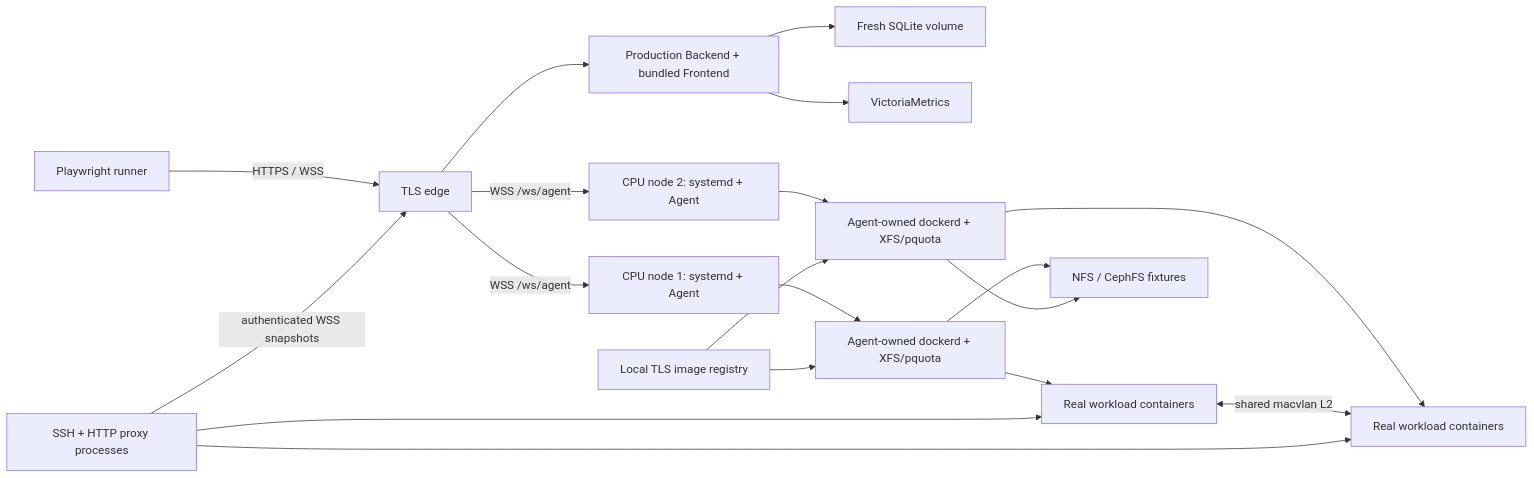
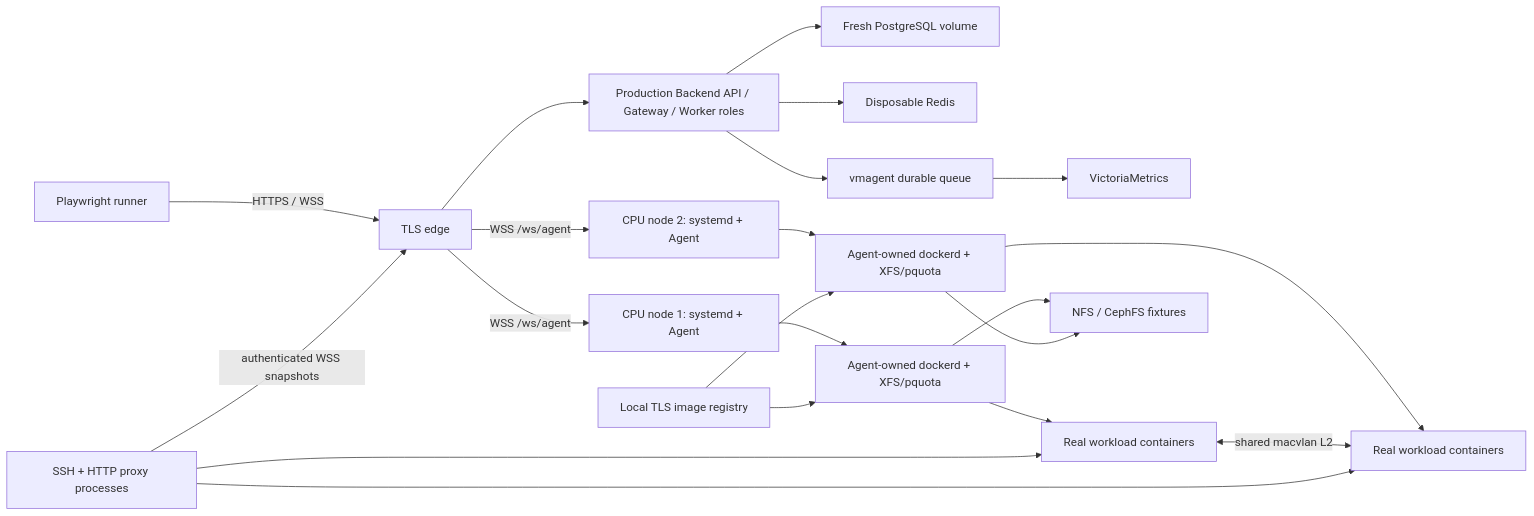
The diagram in docs/testing/cpu-e2e-architecture.md (LynMoe/nyabase), drawn with Mermaid before and after one commit. The commit also changed other lines of this file and 400 other files, not shown here.

Commit message:
refactor: replace sqlite persistence with postgres and redis

````diff
--- a/docs/testing/cpu-e2e-architecture.md
+++ b/docs/testing/cpu-e2e-architecture.md
@@ -56,21 +56,23 @@
 ```mermaid
 flowchart LR
   R["Playwright runner"] -->|"HTTPS / WSS"| E["TLS edge"]
-  E --> B["Production Backend + bundled Frontend"]
-  B --> D["Fresh SQLite volume"]
-  B --> M["VictoriaMetrics"]
+  E --> B["Production Backend API / Gateway / Worker roles"]
+  B --> D["Fresh PostgreSQL volume"]
+  B --> RDS["Disposable Redis"]
+  B --> VA["vmagent durable queue"]
+  VA --> M["VictoriaMetrics"]
   E -->|"WSS /ws/agent"| A1["CPU node 1: systemd + Agent"]
   E -->|"WSS /ws/agent"| A2["CPU node 2: systemd + Agent"]
   A1 --> K1["Agent-owned dockerd + XFS/pquota"]
   A2 --> K2["Agent-owned dockerd + XFS/pquota"]
   K1 --> C1["Real workload containers"]
   K2 --> C2["Real workload containers"]
   C1 <-->|"shared macvlan L2"| C2
   K1 --> S["NFS / CephFS fixtures"]
   K2 --> S
   P["SSH + HTTP proxy processes"] -->|"authenticated WSS snapshots"| E
   P --> C1
   P --> C2
   G["Local TLS image registry"] --> K1
   G --> K2
 ```
````
